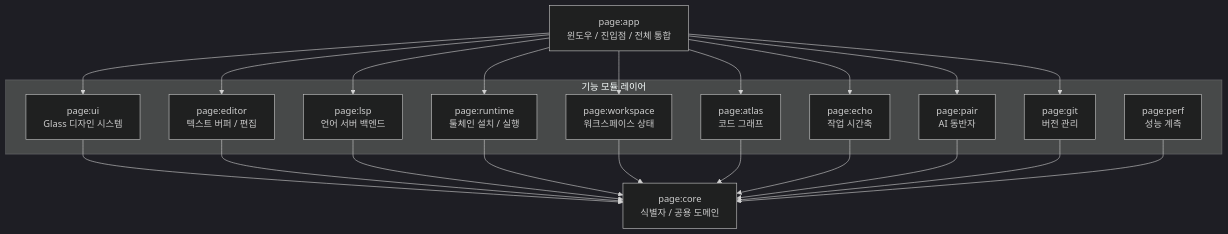
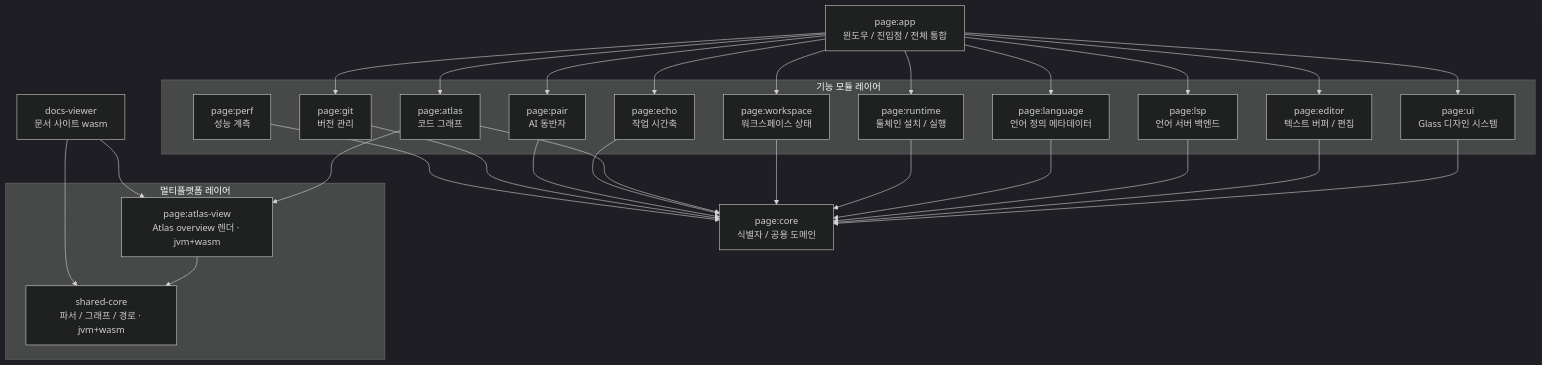
One commit to Monkshark/PAGE_IDE changed the diagram in README.md. Above: the diagram before and after it, drawn with Mermaid (dark theme). The commit also changed other lines of this file and 1 other file, not shown here.

````diff
--- a/README.md
+++ b/README.md
@@ -56,22 +56,32 @@
 ```mermaid
 graph TD
     app[page:app<br/>윈도우 / 진입점 / 전체 통합]
+    docs[docs-viewer<br/>문서 사이트 wasm]
 
     subgraph 기능 모듈 레이어
         ui[page:ui<br/>Glass 디자인 시스템]
         editor[page:editor<br/>텍스트 버퍼 / 편집]
         lsp[page:lsp<br/>언어 서버 백엔드]
+        language[page:language<br/>언어 정의 메타데이터]
         runtime[page:runtime<br/>툴체인 설치 / 실행]
         workspace[page:workspace<br/>워크스페이스 상태]
         atlas[page:atlas<br/>코드 그래프]
         echo[page:echo<br/>작업 시간축]
         pair[page:pair<br/>AI 동반자]
         git[page:git<br/>버전 관리]
         perf[page:perf<br/>성능 계측]
     end
 
+    subgraph 멀티플랫폼 레이어
+        atlasview[page:atlas-view<br/>Atlas overview 렌더 · jvm+wasm]
+        shared[shared-core<br/>파서 / 그래프 / 경로 · jvm+wasm]
+    end
+
     core[page:core<br/>식별자 / 공용 도메인]
 
-    app --> ui & editor & lsp & runtime & workspace & atlas & echo & pair & git
-    ui & editor & lsp & runtime & workspace & atlas & echo & pair & git & perf --> core
+    app --> ui & editor & lsp & language & runtime & workspace & atlas & echo & pair & git
+    ui & editor & lsp & language & runtime & workspace & atlas & echo & pair & git & perf --> core
+    atlas --> atlasview
+    atlasview --> shared
+    docs --> atlasview & shared
 ```
````
